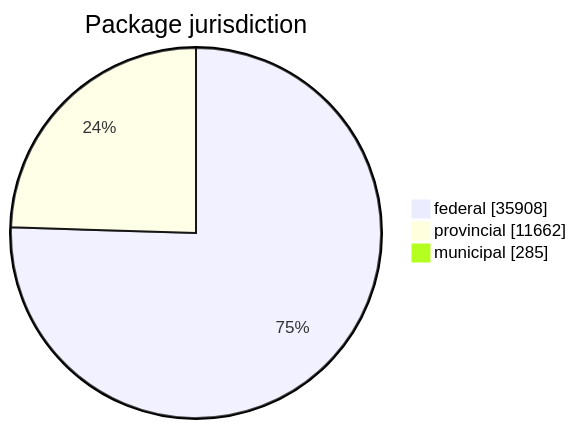
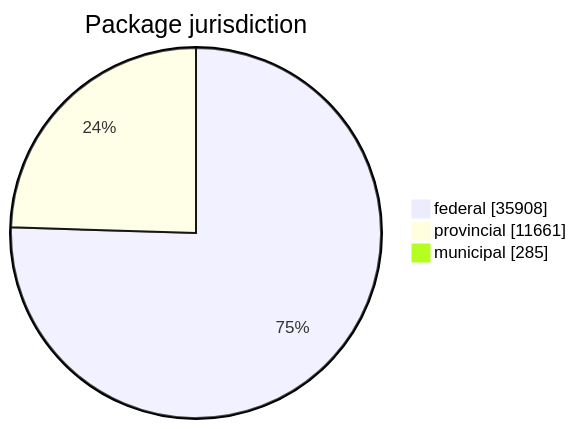
The first of 5 diagrams in FreshCheck/README.md (open-data/analytics-corporate-reporting), drawn with Mermaid before and after one commit. The commit also changed other lines of this file and 3 other files, not shown here.

````diff
--- a/FreshCheck/README.md
+++ b/FreshCheck/README.md
@@ -60,6 +60,6 @@
 ```mermaid
 pie showData title Package jurisdiction
     "federal": 35908
-    "provincial": 11662
+    "provincial": 11661
     "municipal": 285
 ```
````
